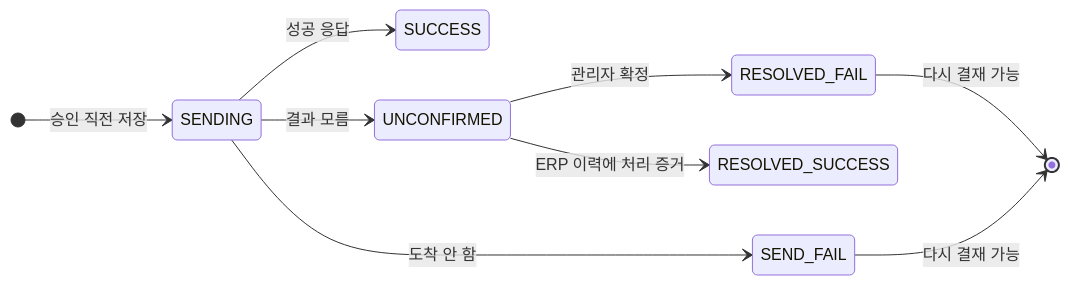
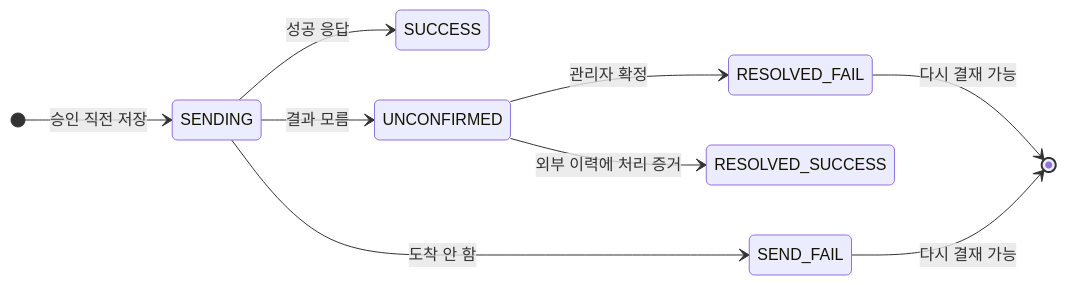
One commit to agent-jeong/backend-lab changed the third of 3 diagrams in 03-work-cases/irreversible-approval-once.md. Above: the diagram before and after it, drawn with Mermaid. The commit also changed other lines of this file and 46 other files, not shown here.

````diff
--- a/03-work-cases/irreversible-approval-once.md
+++ b/03-work-cases/irreversible-approval-once.md
@@ -227,12 +228,12 @@
 ```mermaid
 stateDiagram-v2
     direction LR
     [*] --> SENDING: 승인 직전 저장
     SENDING --> SUCCESS: 성공 응답
     SENDING --> SEND_FAIL: 도착 안 함
     SENDING --> UNCONFIRMED: 결과 모름
-    UNCONFIRMED --> RESOLVED_SUCCESS: ERP 이력에 처리 증거
+    UNCONFIRMED --> RESOLVED_SUCCESS: 외부 이력에 처리 증거
     UNCONFIRMED --> RESOLVED_FAIL: 관리자 확정
     RESOLVED_FAIL --> [*]: 다시 결재 가능
     SEND_FAIL --> [*]: 다시 결재 가능
 ```
````
